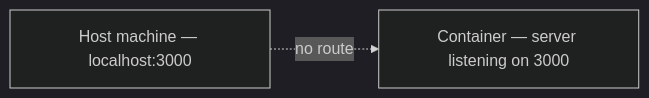
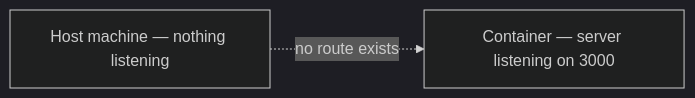
One commit to Dummy-Bug/system-design-handbook changed the first of 3 diagrams in Backend Engineering/19-Docker/09-Ports-And-Signals.md. Above: the diagram before and after it, drawn with Mermaid (dark theme). The commit also changed other lines of this file and 18 other files, not shown here.

````diff
--- a/Backend Engineering/19-Docker/09-Ports-And-Signals.md
+++ b/Backend Engineering/19-Docker/09-Ports-And-Signals.md
@@ -13,4 +24,4 @@
 ```mermaid
 flowchart LR
-    HOST["Host machine — localhost:3000"] -. "no route" .-> CTR["Container — server listening on 3000"]
+    HOST["Host machine — nothing listening"] -. "no route exists" .-> CTR["Container — server listening on 3000"]
 ```
````
